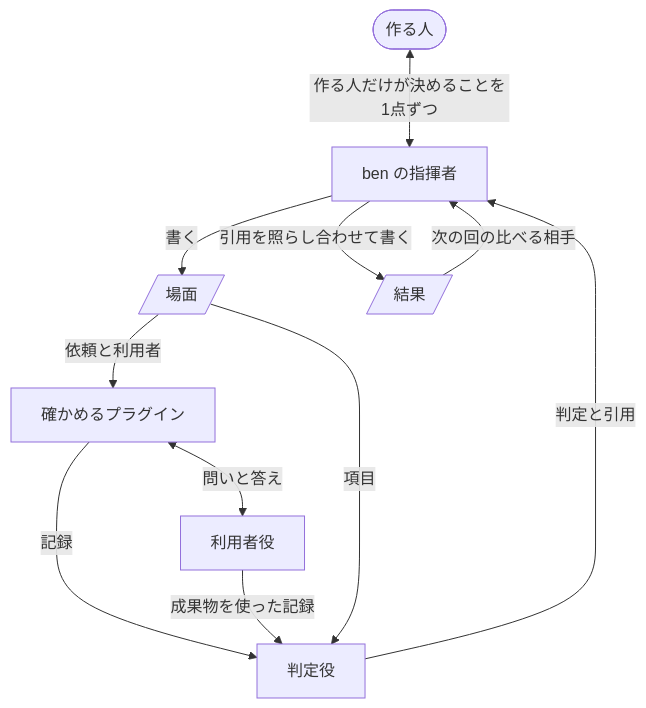
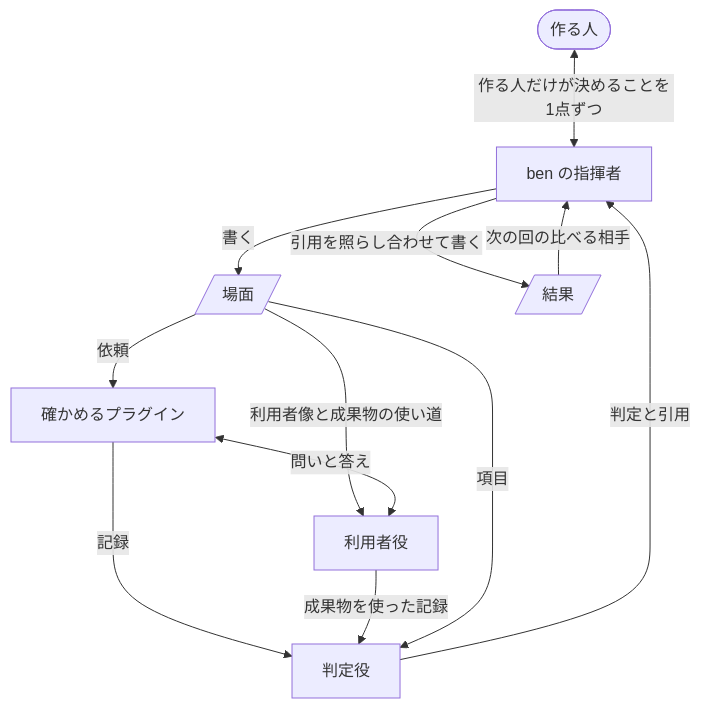
Before and after one commit to lovaizu/ccpm: the second of 2 diagrams in dev/ben/design.md, drawn with Mermaid. The commit also changed other lines of this file and 3 other files, not shown here.

````diff
--- a/dev/ben/design.md
+++ b/dev/ben/design.md
@@ -168,20 +170,21 @@
 ```mermaid
 flowchart TD
   B([作る人])
   C[ben の指揮者]
   S[/場面/]
   P[確かめるプラグイン]
   U[利用者役]
   J[判定役]
   R[/結果/]
   B <-->|作る人だけが決めることを1点ずつ| C
   C -->|書く| S
-  S -->|依頼と利用者| P
+  S -->|依頼| P
+  S -->|利用者像と成果物の使い道| U
   P <-->|問いと答え| U
   P -->|記録| J
   U -->|成果物を使った記録| J
   S -->|項目| J
   J -->|判定と引用| C
   C -->|引用を照らし合わせて書く| R
   R -->|次の回の比べる相手| C
 ```
````
